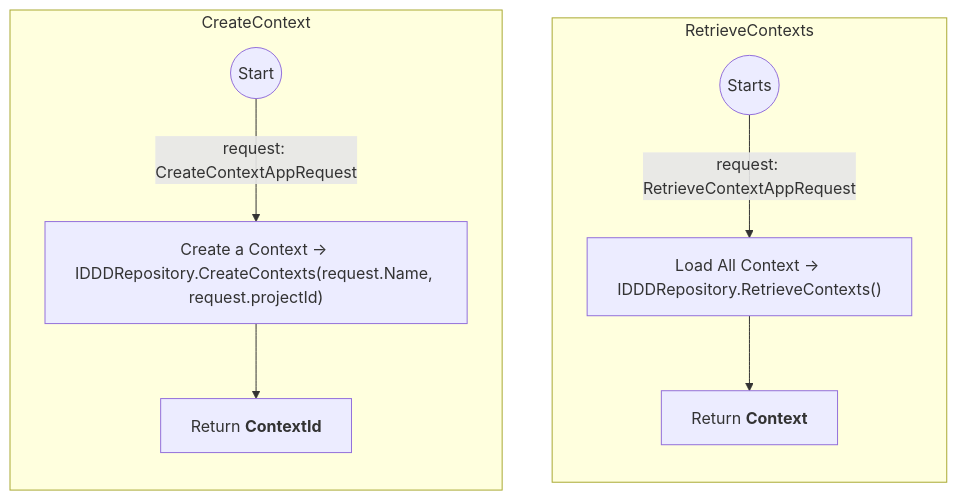
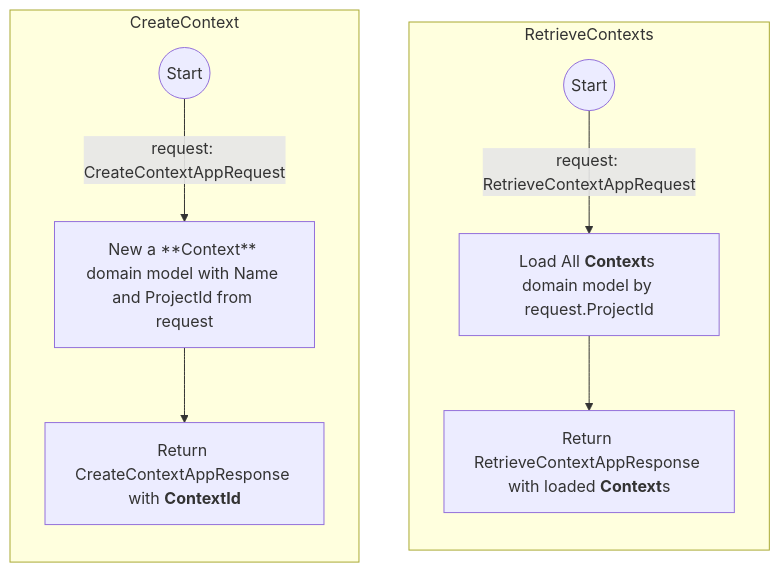
One commit to sdlfly2000/DomainBasedDesigner changed the first of 2 diagrams in UML/Application/ContextAppService.md. Above: the diagram before and after it, drawn with Mermaid. The commit also changed other lines of this file and 2 other files, not shown here.

Commit message:
Update UML

````diff
--- a/UML/Application/ContextAppService.md
+++ b/UML/Application/ContextAppService.md
@@ -2,16 +2,16 @@
 ```mermaid
 graph TB
-    subgraph RetrieveContexts[RetrieveContexts]
+    subgraph RetrieveContexts
         direction TB
-        start(("Start"s)) -->
-        |request: RetrieveContextAppRequest| loadAllContext["Load All Context -> IDDDRepository.RetrieveContexts()"] -->
-        return["`Return **Context**`"]
+        start(("Start")) -->
+        |request: RetrieveContextAppRequest| loadAllContextInProject["`Load All **Context**s domain model by request.ProjectId`"] -->
+        return["`Return RetrieveContextAppResponse with loaded **Context**s`"]
     end
 
-    subgraph main CreateContext[CreateContext]
+    subgraph CreateContext
         direction TB
         start2(("Start")) --> 
-        |request: CreateContextAppRequest| CreateContext["Create a Context -> IDDDRepository.CreateContexts(request.Name, request.projectId)"]-->
-        return2["`Return **ContextId**`"]            
+        |request: CreateContextAppRequest| newContext["New a **Context** domain model with Name and ProjectId from request"]-->
+        return2["`Return CreateContextAppResponse with **ContextId**`"]
     end
 ```
````
